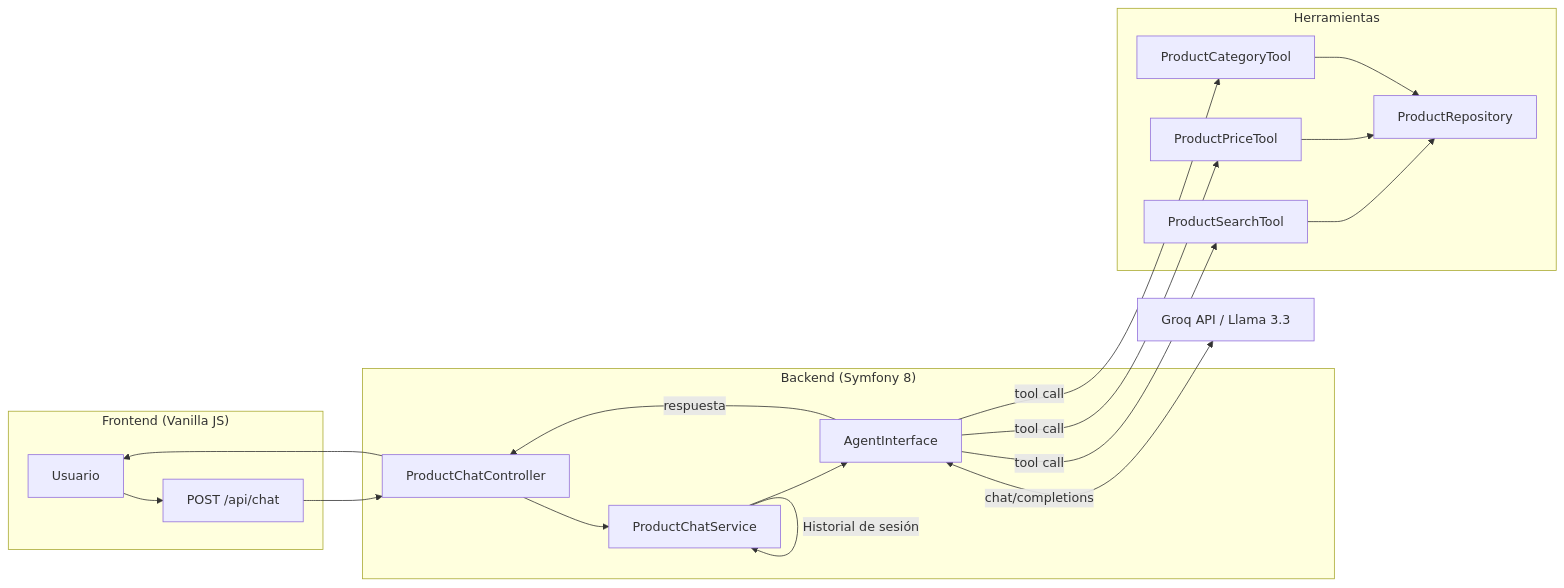
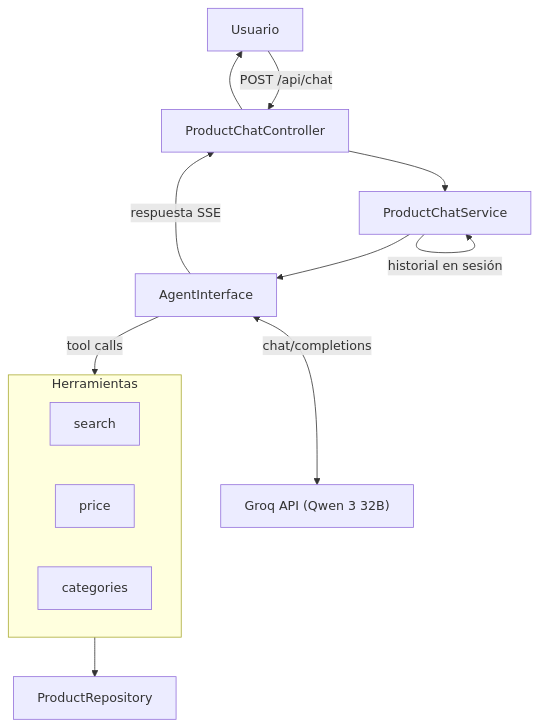
Before and after one commit to jure-ve/symfony-ai-product-agent: the diagram in README.md, drawn with Mermaid. The commit also changed other lines of this file and 2 other files, not shown here.

Commit message:
chore: Update Symfony AI to v0.8.1 and Symfony Framework to 8.0.9 - Bump `symfony/ai-*` packages from ^0.7.0 to ^0.8.0 - Includes bug fixes in `GenericPlatform` and for tool calling without arguments - Simplify architecture diagram in README - Correct PHP requirement from 8.3+ to 8.4+ in README - Add compatibility note for Symfony AI v0.8.1 - No code changes were required in the application

````diff
--- a/README.md
+++ b/README.md
@@ -87,25 +89,18 @@
 ```mermaid
-flowchart LR
-    subgraph Frontend["Frontend (Vanilla JS)"]
-        A[Usuario] --> B["POST /api/chat"]
+flowchart TD
+    A[Usuario] -->|POST /api/chat| B[ProductChatController]
+    B --> C[ProductChatService]
+    C -->|historial en sesión| C
+    C --> D[AgentInterface]
+    D <-->|chat/completions| E["Groq API (Qwen 3 32B)"]
+    D -->|tool calls| Tools
+
+    subgraph Tools [Herramientas]
+        T1[search]
+        T2[price]
+        T3[categories]
     end
 
-    subgraph Backend["Backend (Symfony 8)"]
-        C[ProductChatController] --> D[ProductChatService]
-        D -->|"Historial de sesión"| D
-        D --> E[AgentInterface]
-    end
-
-    subgraph Tools["Herramientas"]
-        F[ProductSearchTool]
-        G[ProductPriceTool]
-        H[ProductCategoryTool]
-        I[ProductRepository]
-        F & G & H --> I
-    end
-
-    B --> C
-    E -->|tool call| F & G & H
-    E <-->|chat/completions| Groq["Groq API / Llama 3.3"]
-    E -->|respuesta| C --> A
+    Tools --> R[ProductRepository]
+    D -->|respuesta SSE| B --> A
 ```
````
